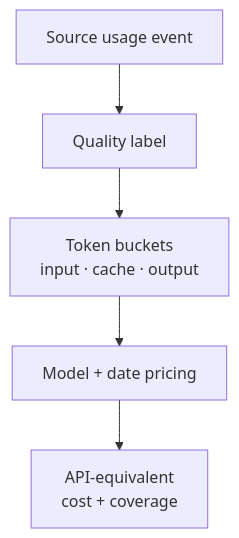
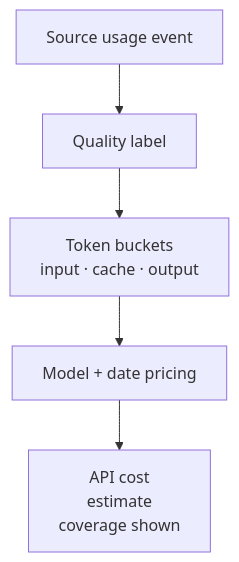
The second of 2 diagrams in README.md (spencer-life/ai-tracker), drawn with Mermaid before and after one commit. The commit also changed other lines of this file, not shown here.

Commit message:
docs: refine narrow-screen diagram layout

````diff
--- a/README.md
+++ b/README.md
@@ -108,9 +108,9 @@
 ```mermaid
 flowchart TD
   A["Source usage event"]
   B["Quality label"]
   C["Token buckets<br/>input · cache · output"]
   D["Model + date pricing"]
-  E["API-equivalent<br/>cost + coverage"]
+  E["API cost<br/>estimate<br/>coverage shown"]
   A --> B --> C --> D --> E
 ```
````
